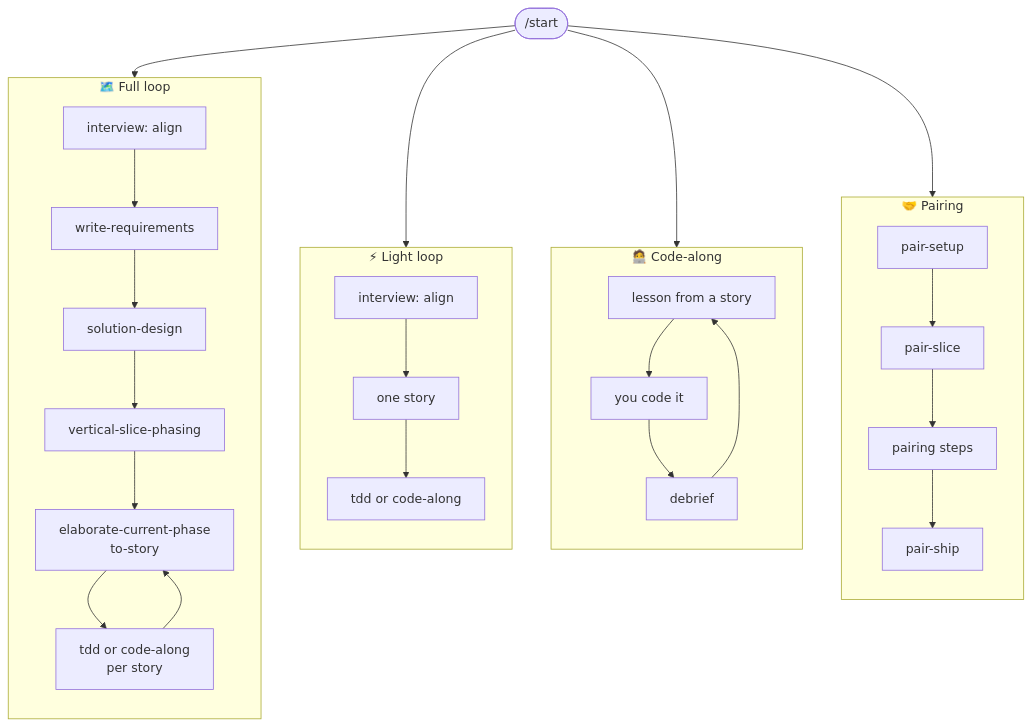
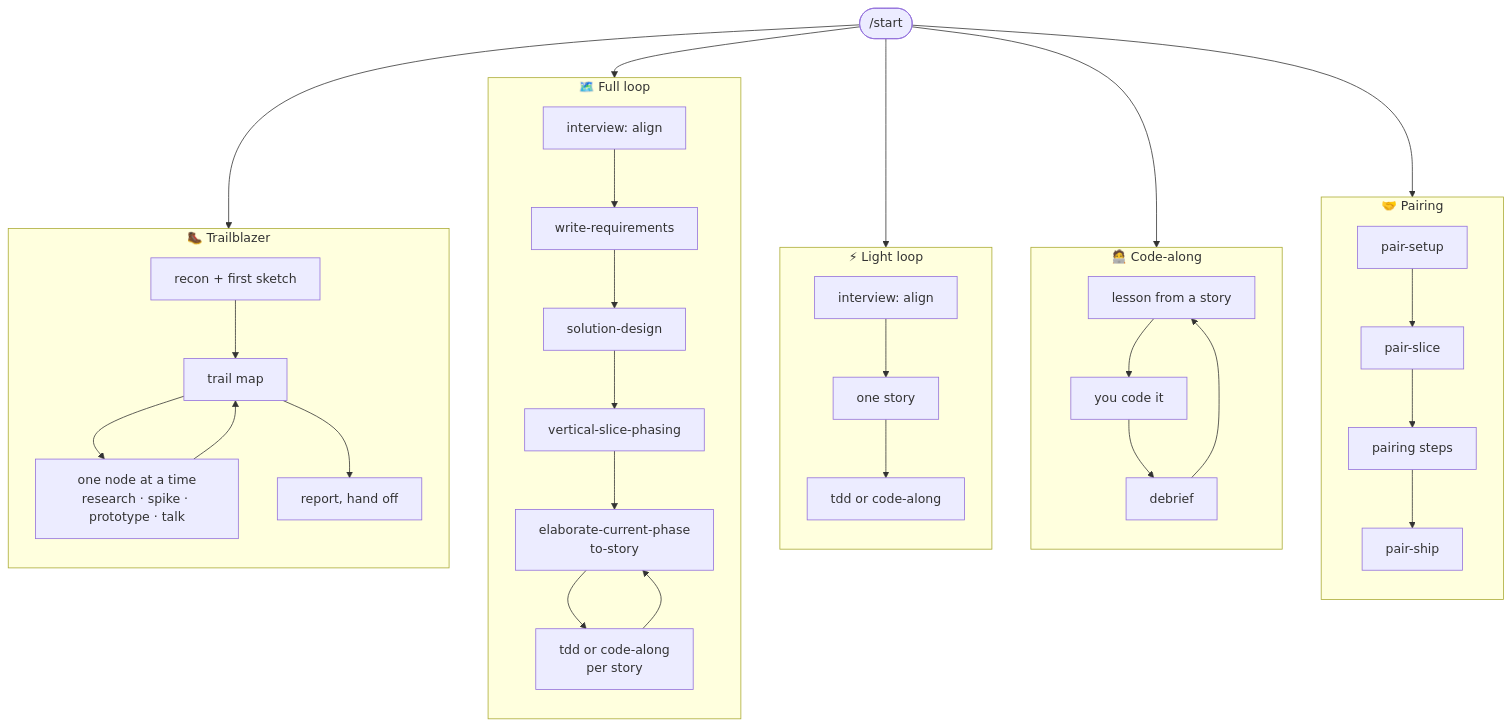
Before and after one commit to robjsliwa/skills: the first of 2 diagrams in README.md, drawn with Mermaid. The commit also changed other lines of this file and 28 other files, not shown here.

First line of the commit message:
Add trailblazer, spike, prototype, and research skills (2.1.0)

````diff
--- a/README.md
+++ b/README.md
@@ -31,20 +33,25 @@
 ```mermaid
 flowchart TB
-  s(["/start"]) --> full & light & along & pair
+  s(["/start"]) --> trail & full & light & along & pair
+  subgraph trail["🥾 Trailblazer"]
+    direction TB
+    t1["recon + first sketch"] --> t2["trail map"] --> t3["one node at a time<br/>research · spike · prototype · talk"] --> t2
+    t2 --> t4["report, hand off"]
+  end
   subgraph full["🗺️ Full loop"]
     direction TB
     f1["interview: align"] --> f2["write-requirements"] --> f3["solution-design"] --> f4["vertical-slice-phasing"] --> f5["elaborate-current-phase<br/>to-story"] --> f6["tdd or code-along<br/>per story"] --> f5
   end
   subgraph light["⚡ Light loop"]
     direction TB
     l1["interview: align"] --> l2["one story"] --> l3["tdd or code-along"]
   end
   subgraph along["🧑‍💻 Code-along"]
     direction TB
     a1["lesson from a story"] --> a2["you code it"] --> a3["debrief"] --> a1
   end
   subgraph pair["🤝 Pairing"]
     direction TB
     p1["pair-setup"] --> p2["pair-slice"] --> p3["pairing steps"] --> p4["pair-ship"]
   end
 ```
````
